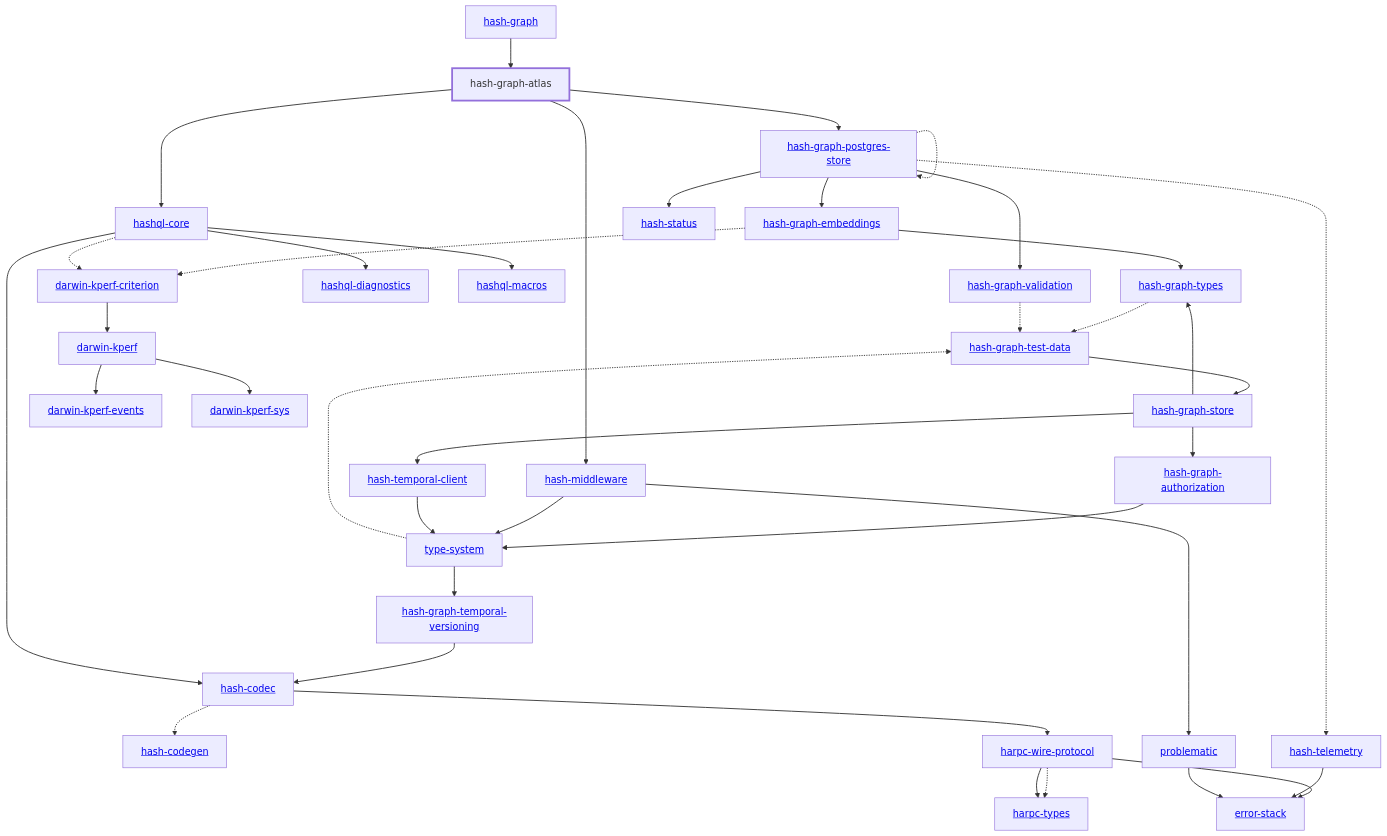
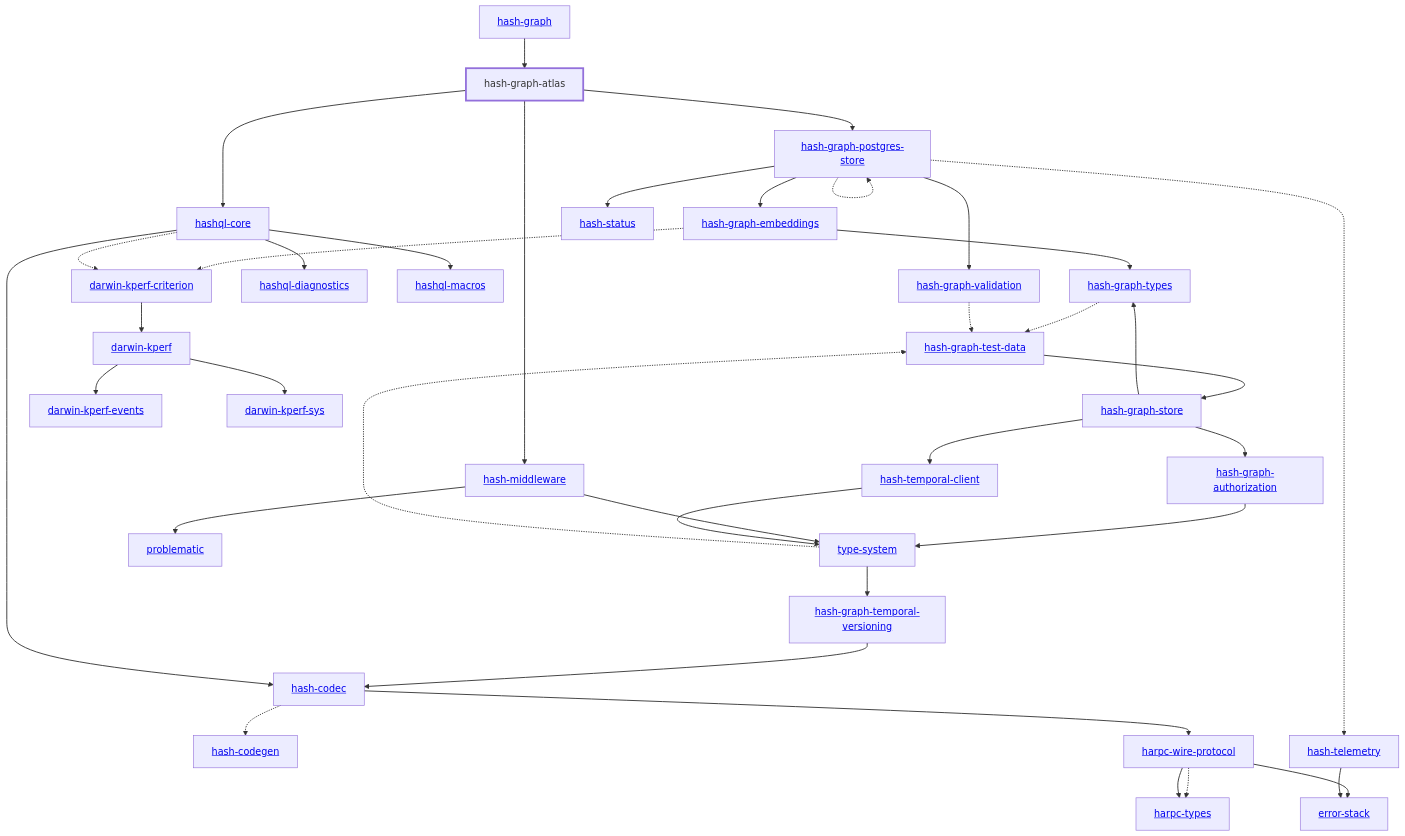
One commit to hashintel/hash changed the diagram in libs/@local/graph/atlas/docs/dependency-diagram.mmd. Above: the diagram before and after it, drawn with Mermaid. The commit also changed 77 other files, not shown here.

```diff
--- a/libs/@local/graph/atlas/docs/dependency-diagram.mmd
+++ b/libs/@local/graph/atlas/docs/dependency-diagram.mmd
@@ -1,77 +1,76 @@
 graph TD
     linkStyle default stroke-width:1.5px
     classDef default stroke-width:1px
     classDef root stroke-width:3px
     classDef dev stroke-width:1px
     classDef build stroke-width:1px
     %% Legend
     %% --> : Normal dependency
     %% -.-> : Dev dependency
     %% ---> : Build dependency
     0[<a href="../hash_graph/index.html">hash-graph</a>]
     1[<a href="../type_system/index.html">type-system</a>]
     2[<a href="../hash_codec/index.html">hash-codec</a>]
     3[<a href="../hash_codegen/index.html">hash-codegen</a>]
     4[hash-graph-atlas]
     class 4 root
     5[<a href="../hash_graph_authorization/index.html">hash-graph-authorization</a>]
     6[<a href="../hash_graph_embeddings/index.html">hash-graph-embeddings</a>]
     7[<a href="../hash_graph_postgres_store/index.html">hash-graph-postgres-store</a>]
     8[<a href="../hash_graph_store/index.html">hash-graph-store</a>]
     9[<a href="../hash_graph_temporal_versioning/index.html">hash-graph-temporal-versioning</a>]
     10[<a href="../hash_graph_types/index.html">hash-graph-types</a>]
     11[<a href="../hash_graph_validation/index.html">hash-graph-validation</a>]
     12[<a href="../harpc_types/index.html">harpc-types</a>]
     13[<a href="../harpc_wire_protocol/index.html">harpc-wire-protocol</a>]
     14[<a href="../hashql_core/index.html">hashql-core</a>]
     15[<a href="../hashql_diagnostics/index.html">hashql-diagnostics</a>]
     16[<a href="../hashql_macros/index.html">hashql-macros</a>]
     17[<a href="../hash_middleware/index.html">hash-middleware</a>]
     18[<a href="../hash_status/index.html">hash-status</a>]
     19[<a href="../hash_telemetry/index.html">hash-telemetry</a>]
     20[<a href="../hash_temporal_client/index.html">hash-temporal-client</a>]
     21[<a href="../darwin_kperf/index.html">darwin-kperf</a>]
     22[<a href="../darwin_kperf_criterion/index.html">darwin-kperf-criterion</a>]
     23[<a href="../darwin_kperf_events/index.html">darwin-kperf-events</a>]
     24[<a href="../darwin_kperf_sys/index.html">darwin-kperf-sys</a>]
     25[<a href="../error_stack/index.html">error-stack</a>]
     26[<a href="../problematic/index.html">problematic</a>]
     27[<a href="../hash_graph_test_data/index.html">hash-graph-test-data</a>]
     0 --> 4
     1 --> 9
     1 -.-> 27
     2 -.-> 3
     2 --> 13
     4 --> 7
     4 --> 14
     4 --> 17
     5 --> 1
     6 --> 10
     6 -.-> 22
     7 --> 6
     7 -.-> 7
     7 --> 11
     7 --> 18
     7 -.-> 19
     8 --> 5
     8 --> 10
     8 --> 20
     9 --> 2
     10 -.-> 27
     11 -.-> 27
     13 -.-> 12
     13 --> 12
     13 --> 25
     14 --> 2
     14 --> 15
     14 --> 16
     14 -.-> 22
     17 --> 1
     17 --> 26
     19 --> 25
     20 --> 1
     21 --> 23
     21 --> 24
     22 --> 21
-    26 --> 25
     27 --> 8
```
